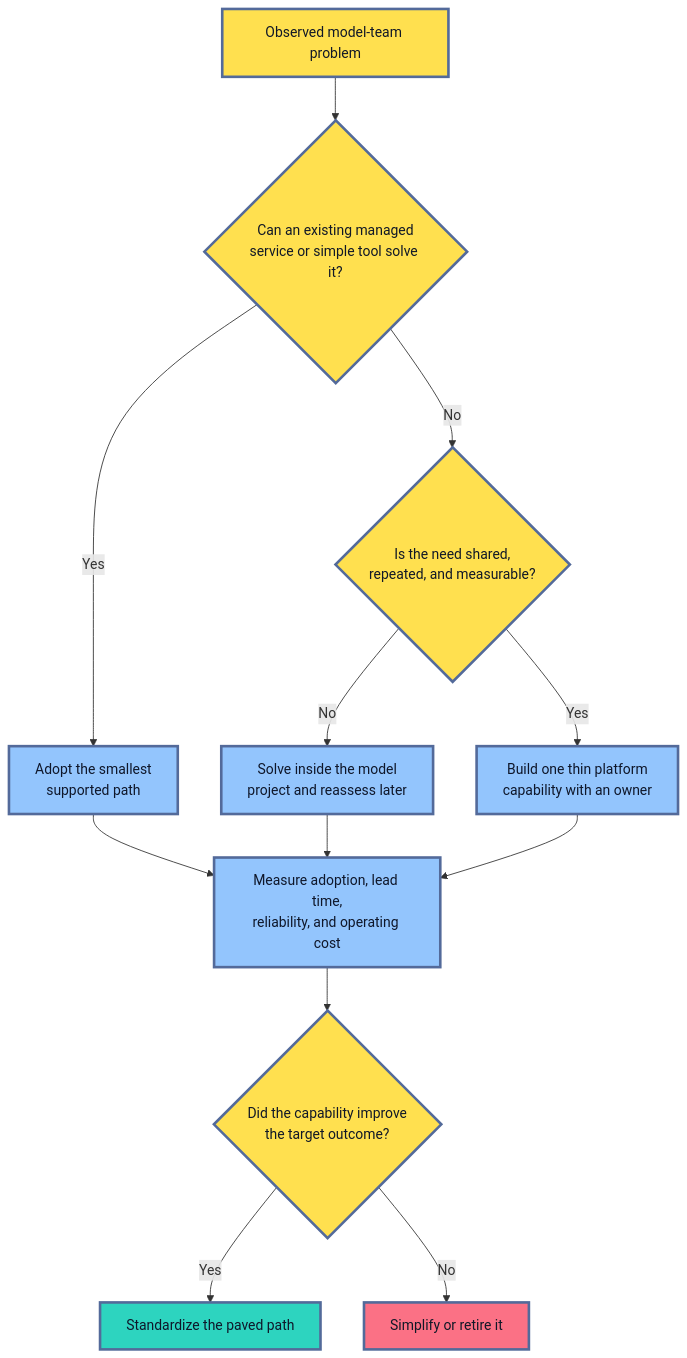
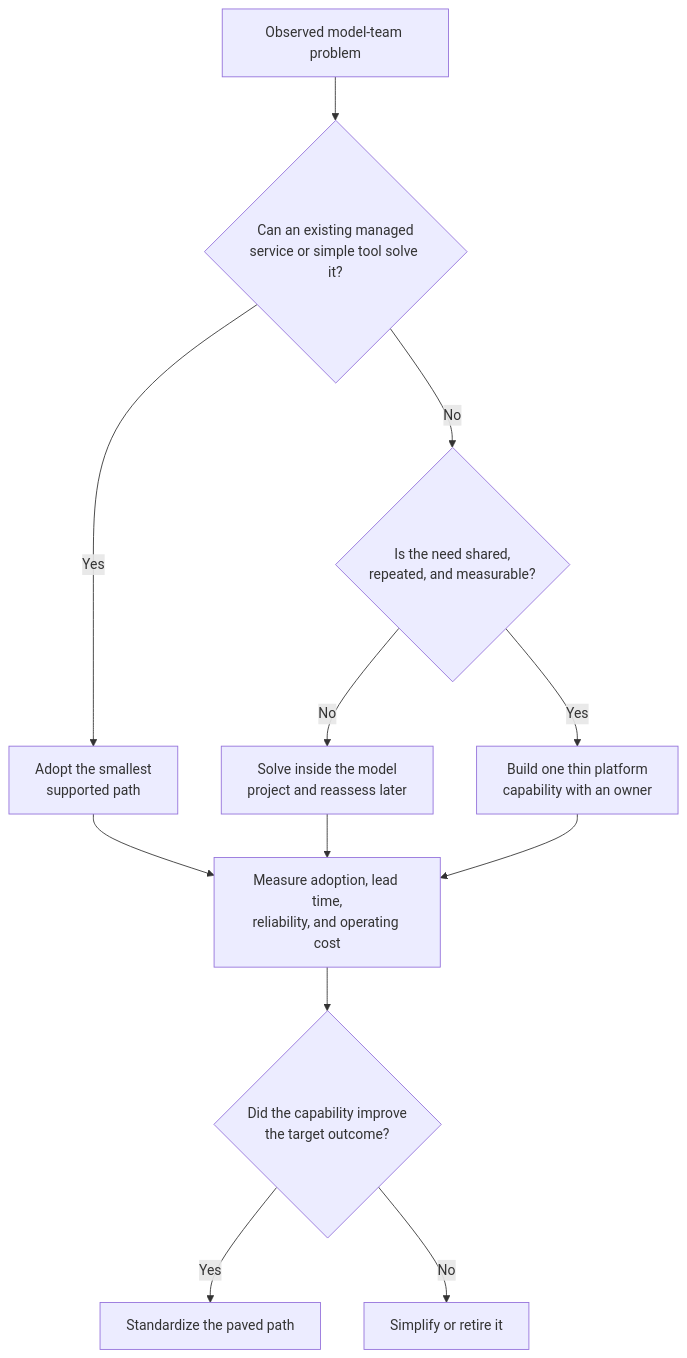
Before and after one commit to senlinyy/dev-roadmaps: the seventh of 7 diagrams in roadmaps/mlops/modules/mlops-foundations/teams-and-workflow/03-common-mlops-failure-modes.md, drawn with Mermaid. The commit also changed other lines of this file and 152 other files, not shown here.

Commit message:
feat: mlops and diagrams updated

````diff
--- a/roadmaps/mlops/modules/mlops-foundations/teams-and-workflow/03-common-mlops-failure-modes.md
+++ b/roadmaps/mlops/modules/mlops-foundations/teams-and-workflow/03-common-mlops-failure-modes.md
@@ -487,23 +465,19 @@
 ```mermaid
 flowchart TD
     A["Observed model-team problem"] --> B{"Can an existing managed<br/>service or simple tool solve it?"}
     B -- "Yes" --> C["Adopt the smallest<br/>supported path"]
     B -- "No" --> D{"Is the need shared,<br/>repeated, and measurable?"}
     D -- "No" --> E["Solve inside the model<br/>project and reassess later"]
     D -- "Yes" --> F["Build one thin platform<br/>capability with an owner"]
     C --> G["Measure adoption, lead time,<br/>reliability, and operating cost"]
     E --> G
     F --> G
     G --> H{"Did the capability improve<br/>the target outcome?"}
     H -- "Yes" --> I["Standardize the paved path"]
     H -- "No" --> J["Simplify or retire it"]
 
-    classDef question fill:#FFE04F,stroke:#536A9A,stroke-width:3px,color:#111827
-    classDef action fill:#93C5FD,stroke:#536A9A,stroke-width:3px,color:#0F172A
-    classDef good fill:#2DD4BF,stroke:#536A9A,stroke-width:3px,color:#0F172A
-    classDef stop fill:#FB7185,stroke:#536A9A,stroke-width:3px,color:#111827
     class A,B,D,H question
     class C,E,F,G action
     class I good
     class J stop
 ```
````
